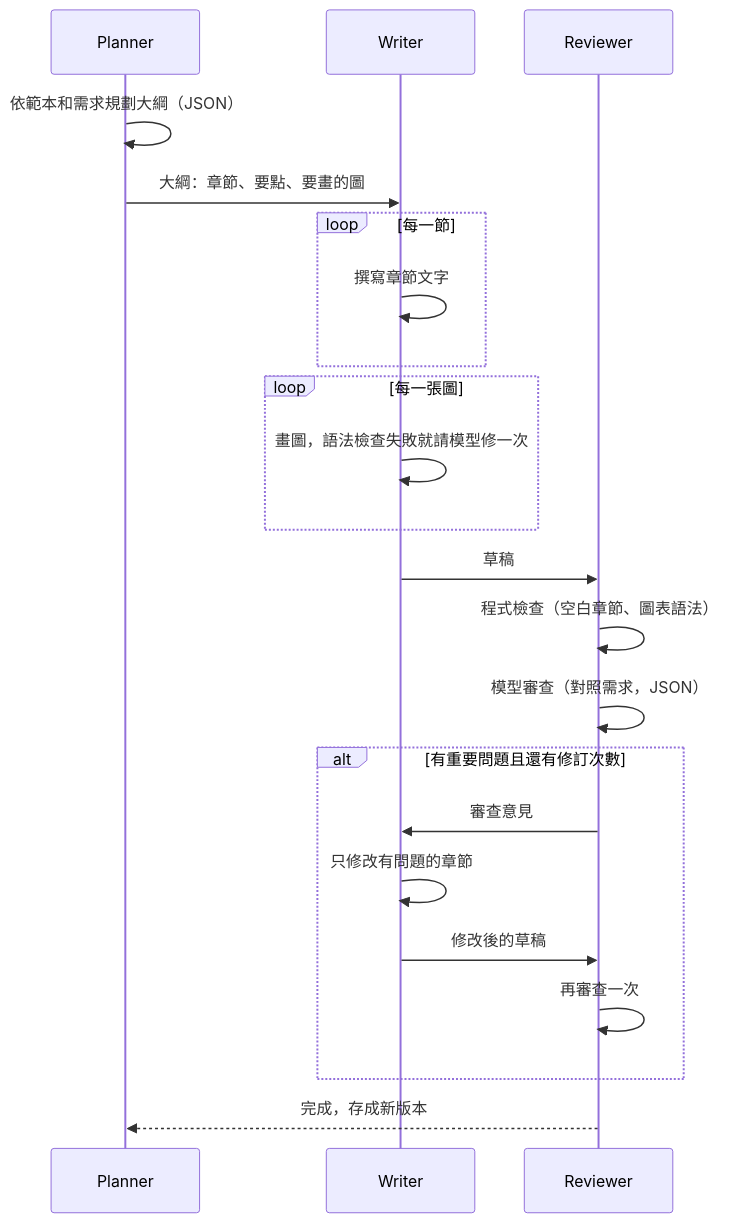
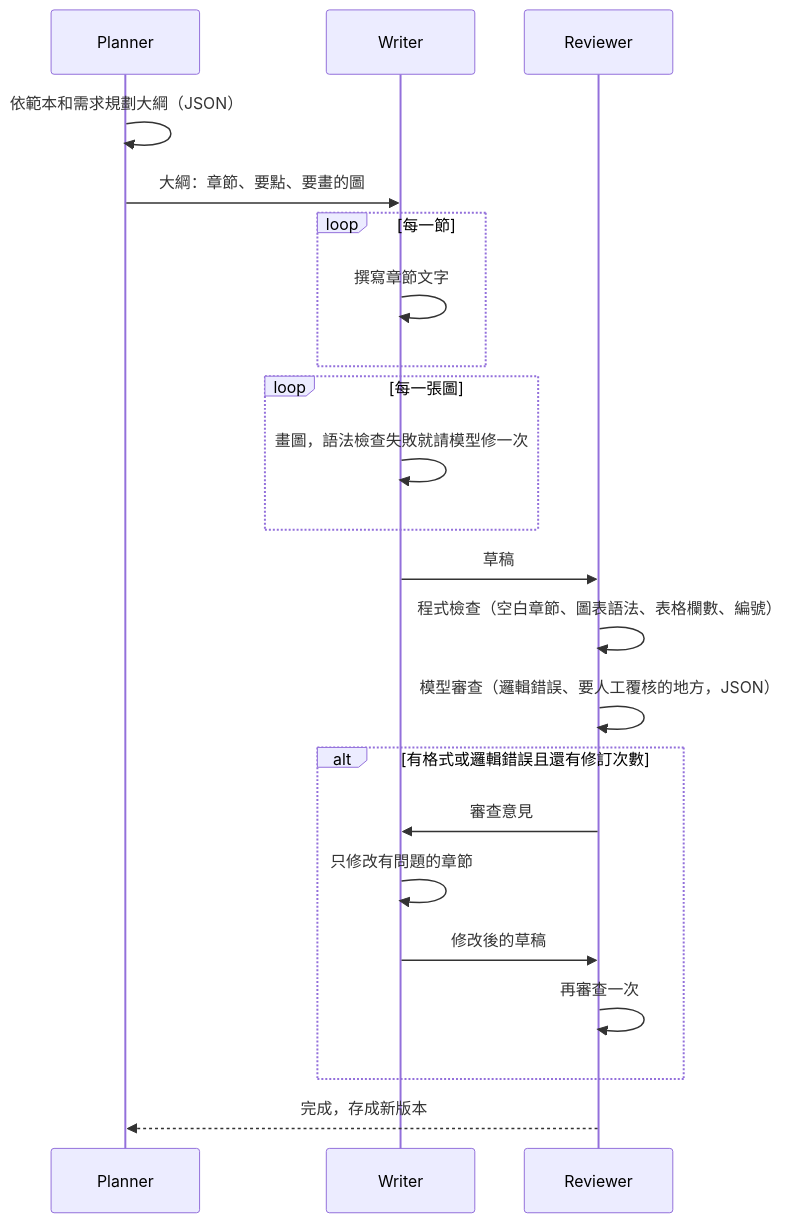
The third of 3 diagrams in docs/architecture.md (ZixuanHuang1995/SAgent), drawn with Mermaid before and after one commit. The commit also changed other lines of this file and 11 other files, not shown here.

````diff
--- a/docs/architecture.md
+++ b/docs/architecture.md
@@ -84,24 +84,24 @@
 ```mermaid
 sequenceDiagram
     participant P as Planner
     participant W as Writer
     participant R as Reviewer
     P->>P: 依範本和需求規劃大綱（JSON）
     P->>W: 大綱：章節、要點、要畫的圖
     loop 每一節
         W->>W: 撰寫章節文字
     end
     loop 每一張圖
         W->>W: 畫圖，語法檢查失敗就請模型修一次
     end
     W->>R: 草稿
-    R->>R: 程式檢查（空白章節、圖表語法）
-    R->>R: 模型審查（對照需求，JSON）
-    alt 有重要問題且還有修訂次數
+    R->>R: 程式檢查（空白章節、圖表語法、表格欄數、編號）
+    R->>R: 模型審查（邏輯錯誤、要人工覆核的地方，JSON）
+    alt 有格式或邏輯錯誤且還有修訂次數
         R->>W: 審查意見
         W->>W: 只修改有問題的章節
         W->>R: 修改後的草稿
         R->>R: 再審查一次
     end
     R-->>P: 完成，存成新版本
 ```
````
